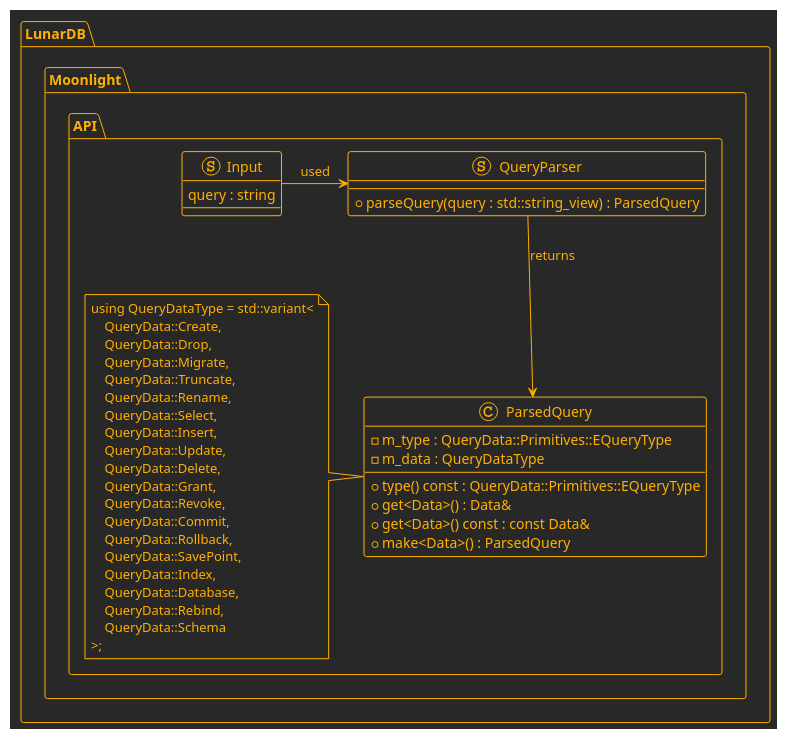
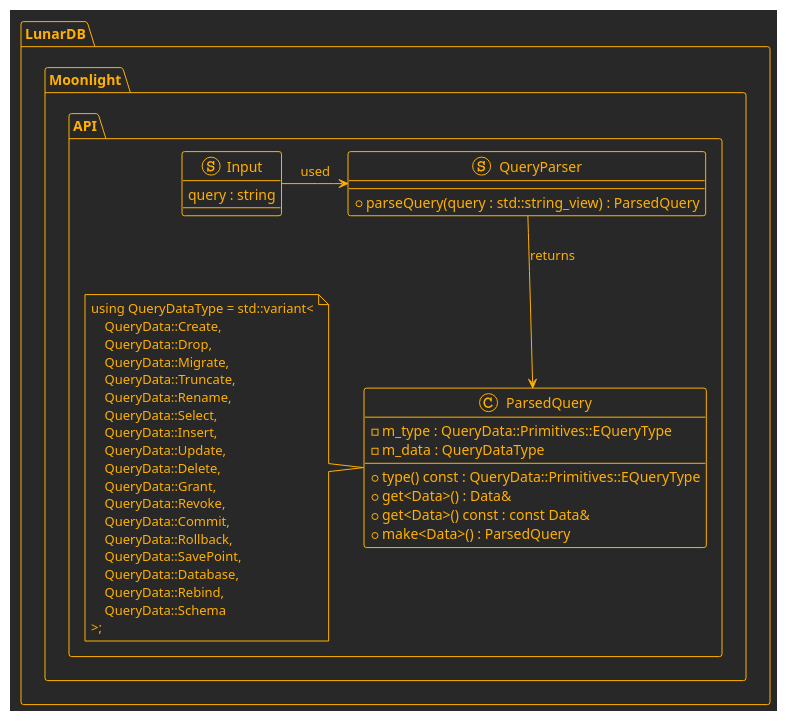
Before and after one commit to TheAncientOwl/lunardb: the diagram in src/Moonlight/docs/Moonlight.puml, drawn with PlantUML. The commit also changed 27 other files, not shown here.

Commit message:
Remove Index query

```diff
--- a/src/Moonlight/docs/Moonlight.puml
+++ b/src/Moonlight/docs/Moonlight.puml
@@ -1,52 +1,51 @@
 @startuml Moonlight
 !theme crt-amber
 
 namespace LunarDB.Moonlight.API {
 
 class ParsedQuery {
 
     + type() const : QueryData::Primitives::EQueryType
     + get<Data>() : Data&
     + get<Data>() const : const Data&
     + make<Data>() : ParsedQuery
 
     - m_type : QueryData::Primitives::EQueryType
     - m_data : QueryDataType
 }
 note left
 using QueryDataType = std::variant<
     QueryData::Create,
     QueryData::Drop,
     QueryData::Migrate,
     QueryData::Truncate,
     QueryData::Rename,
     QueryData::Select,
     QueryData::Insert,
     QueryData::Update,
     QueryData::Delete,
     QueryData::Grant,
     QueryData::Revoke,
     QueryData::Commit,
     QueryData::Rollback,
     QueryData::SavePoint,
-    QueryData::Index,
     QueryData::Database,
     QueryData::Rebind,
     QueryData::Schema
 >;
 end note
 
 stereotype QueryParser {
     + parseQuery(query : std::string_view) : ParsedQuery
 }
 
 stereotype Input {
     query : string
 }
 
 Input -> QueryParser : used
 QueryParser --> ParsedQuery : returns
 
 }
 
 @enduml
```
